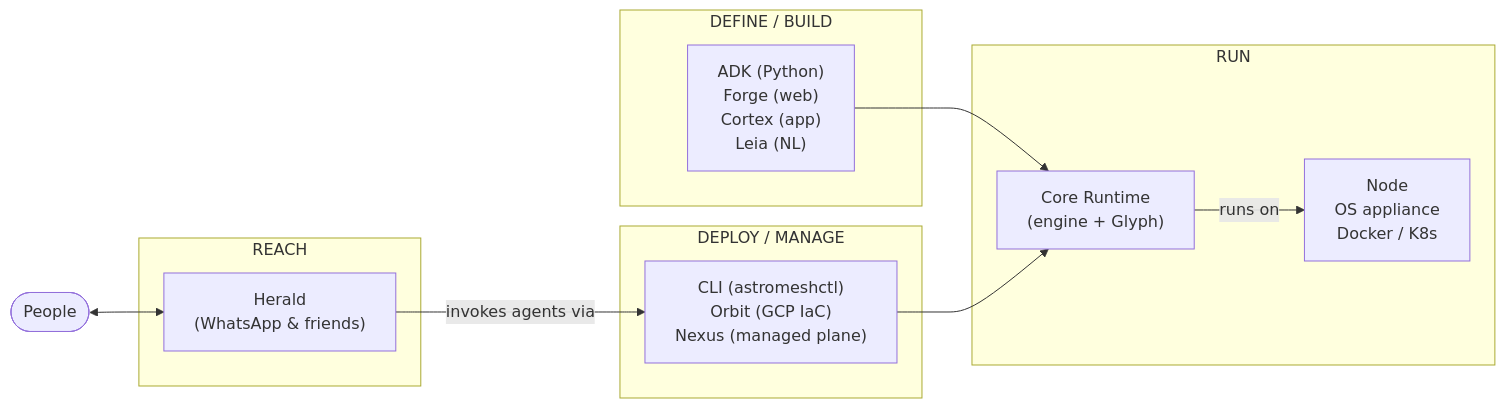
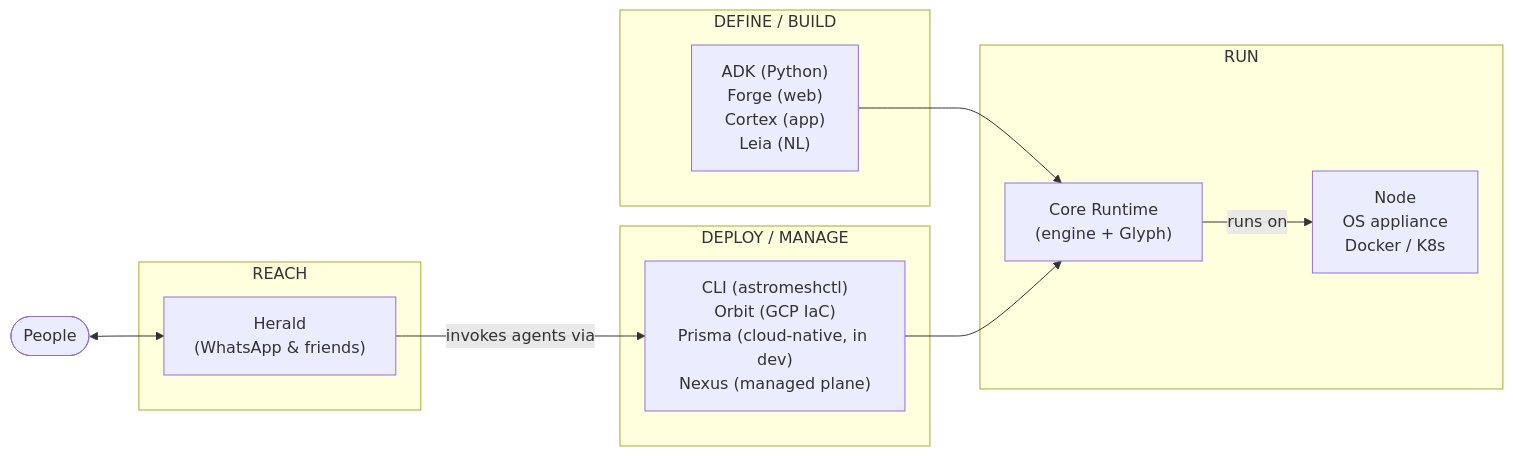
The first of 2 diagrams in docs-site/src/content/docs/getting-started/ecosystem.md (monaccode/astromesh), drawn with Mermaid before and after one commit. The commit also changed other lines of this file and 7 other files, not shown here.

````diff
--- a/docs-site/src/content/docs/getting-started/ecosystem.md
+++ b/docs-site/src/content/docs/getting-started/ecosystem.md
@@ -34,31 +35,32 @@
 ```mermaid
 flowchart LR
     subgraph build["DEFINE / BUILD"]
         tools["`ADK (Python)
         Forge (web)
         Cortex (app)
         Leia (NL)`"]
     end
     subgraph run["RUN"]
         core["`Core Runtime
         (engine + Glyph)`"]
         infra["`Node
         OS appliance
         Docker / K8s`"]
     end
     subgraph manage["DEPLOY / MANAGE"]
         mgmt["`CLI (astromeshctl)
         Orbit (GCP IaC)
+        Prisma (cloud-native, in dev)
         Nexus (managed plane)`"]
     end
     subgraph reach["REACH"]
         herald["`Herald
         (WhatsApp & friends)`"]
     end
     people(["People"])
     tools --> core
     mgmt --> core
     core -- runs on --> infra
     people <--> herald
     herald -- "invokes agents via" --> mgmt
 ```
````
